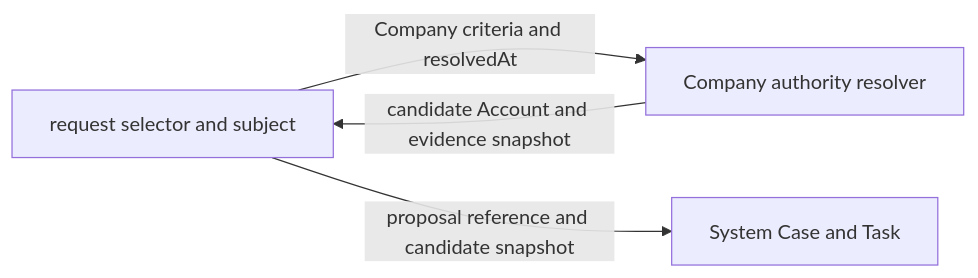
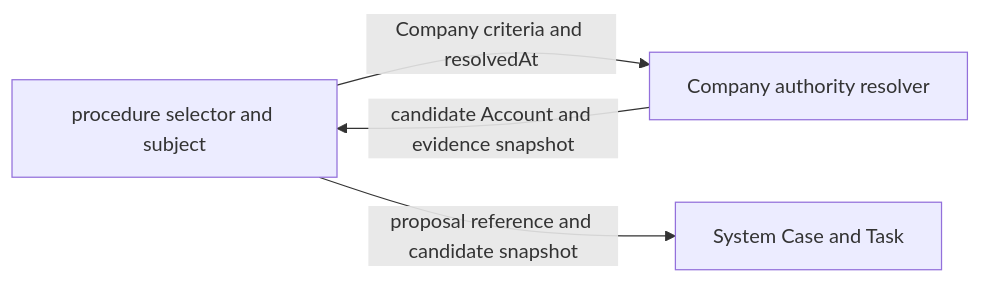
One commit to interactive-inc/open-bedrock changed the diagram in .docs/company-organizational-authority.md. Above: the diagram before and after it, drawn with Mermaid. The commit also changed other lines of this file and 210 other files, not shown here.

````diff
--- a/.docs/company-organizational-authority.md
+++ b/.docs/company-organizational-authority.md
@@ -90,6 +90,6 @@
 ```mermaid
 flowchart LR
-  Request["request selector and subject"] -->|"Company criteria and resolvedAt"| Company["Company authority resolver"]
-  Company -->|"candidate Account and evidence snapshot"| Request
-  Request -->|"proposal reference and candidate snapshot"| System["System Case and Task"]
+  Caller["procedure selector and subject"] -->|"Company criteria and resolvedAt"| Company["Company authority resolver"]
+  Company -->|"candidate Account and evidence snapshot"| Caller
+  Caller -->|"proposal reference and candidate snapshot"| System["System Case and Task"]
 ```
````
